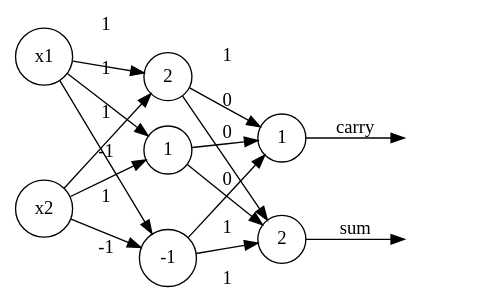
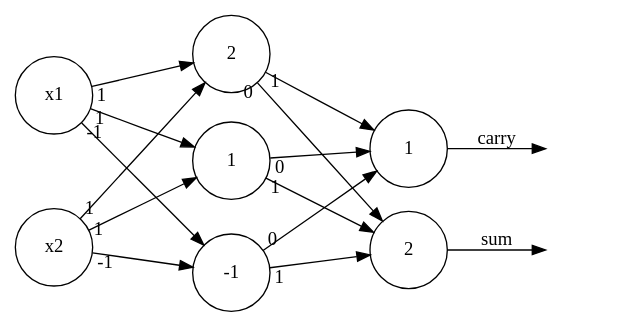
Before and after one commit to Finnyy012/MachineLearning: the diagram in graphviz_renders/perceptron.gv, drawn with Graphviz. The commit also changed 2 other files, not shown here.

```diff
--- a/graphviz_renders/perceptron.gv
+++ b/graphviz_renders/perceptron.gv
@@ -1,26 +1,26 @@
 digraph perceptron {
 	graph [layout=dot rankdir=LR splines=line]
-	0 [label=x1 fontname=Consolas shape=circle]
-	0 -> 2 [label=1]
-	0 -> 3 [label=1]
-	0 -> 4 [label=-1]
-	1 [label=x2 fontname=Consolas shape=circle]
-	1 -> 2 [label=1]
-	1 -> 3 [label=1]
-	1 -> 4 [label=-1]
-	2 [label=2 fontname=Consolas shape=circle]
-	2 -> 5 [label=1]
-	2 -> 6 [label=0]
-	3 [label=1 fontname=Consolas shape=circle]
-	3 -> 5 [label=0]
-	3 -> 6 [label=1]
-	4 [label=-1 fontname=Consolas shape=circle]
-	4 -> 5 [label=0]
-	4 -> 6 [label=1]
-	5 [label=1 fontname=Consolas shape=circle]
+	0 [label=x1 fontname=Consolas shape=circle width=.8]
+	0 -> 2 [minlen=2 taillabel=" 1"]
+	0 -> 3 [minlen=2 taillabel=" 1"]
+	0 -> 4 [minlen=2 taillabel=" -1"]
+	1 [label=x2 fontname=Consolas shape=circle width=.8]
+	1 -> 2 [minlen=2 taillabel=" 1"]
+	1 -> 3 [minlen=2 taillabel=" 1"]
+	1 -> 4 [minlen=2 taillabel=" -1"]
+	2 [label=2 fontname=Consolas shape=circle width=.8]
+	2 -> 5 [minlen=2 taillabel=" 1"]
+	2 -> 6 [minlen=2 taillabel=" 0"]
+	3 [label=1 fontname=Consolas shape=circle width=.8]
+	3 -> 5 [minlen=2 taillabel=" 0"]
+	3 -> 6 [minlen=2 taillabel=" 1"]
+	4 [label=-1 fontname=Consolas shape=circle width=.8]
+	4 -> 5 [minlen=2 taillabel=" 0"]
+	4 -> 6 [minlen=2 taillabel=" 1"]
+	5 [label=1 fontname=Consolas shape=circle width=.8]
 	-1 [label=" " shape=none]
 	5 -> -1 [label=carry]
-	6 [label=2 fontname=Consolas shape=circle]
+	6 [label=2 fontname=Consolas shape=circle width=.8]
 	-2 [label=" " shape=none]
 	6 -> -2 [label=sum]
 }
```
